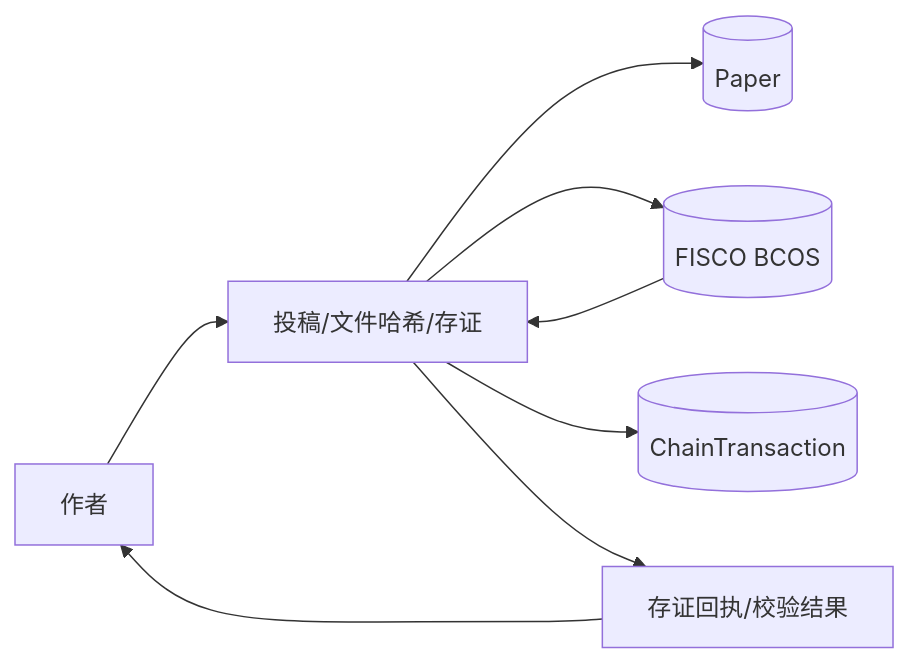
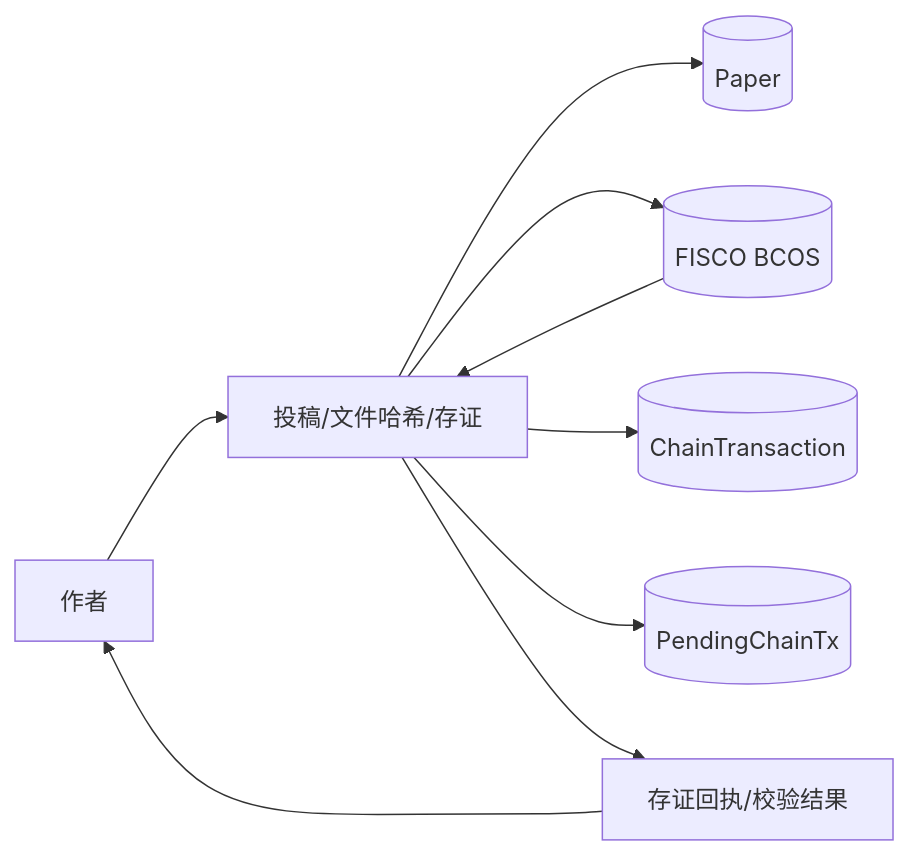
One commit to fs36/ConfChain changed the third of 20 diagrams in docs/数据库设计说明书.md. Above: the diagram before and after it, drawn with Mermaid. The commit also changed other lines of this file and 6 other files, not shown here.

````diff
--- a/docs/数据库设计说明书.md
+++ b/docs/数据库设计说明书.md
@@ -145,10 +147,11 @@
 ```mermaid
 graph LR
   A[作者] --> P2[投稿/文件哈希/存证]
   P2 --> D2[(Paper)]
   P2 --> C[(FISCO BCOS)]
   C --> P2
   P2 --> D6[(ChainTransaction)]
+  P2 --> D7[(PendingChainTx)]
   P2 --> R2[存证回执/校验结果]
   R2 --> A
 ```
````
